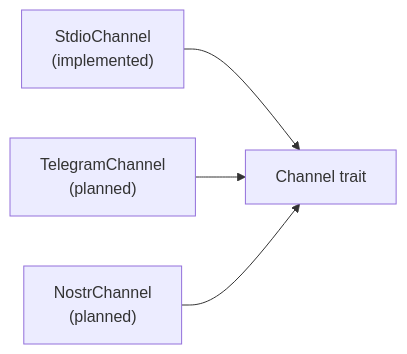
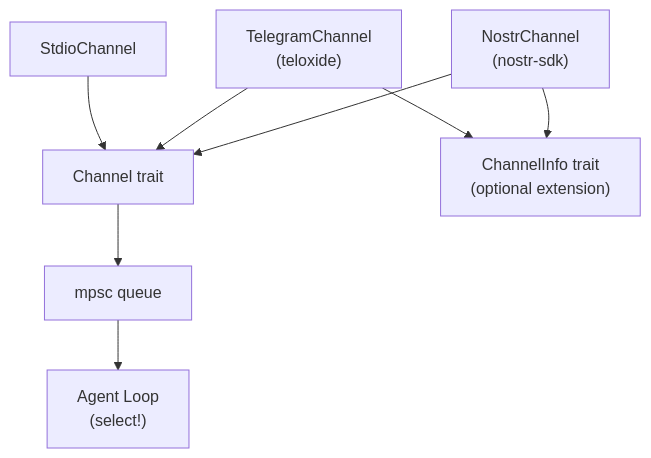
One commit to k0sti/nocelium changed the diagram in docs/channels.md. Above: the diagram before and after it, drawn with Mermaid. The commit also changed other lines of this file and 1 other file, not shown here.

First line of the commit message:
docs: updated channel spec — rich typed messages, capabilities, no draft methods

````diff
--- a/docs/channels.md
+++ b/docs/channels.md
@@ -26,11 +9,18 @@
 ```mermaid
-graph LR
+graph TD
+    STDIO["StdioChannel"]
+    TG["TelegramChannel<br/>(teloxide)"]
+    NOSTR["NostrChannel<br/>(nostr-sdk)"]
+
     TRAIT["Channel trait"]
-    STDIO["StdioChannel<br/>(implemented)"]
-    TG["TelegramChannel<br/>(planned)"]
-    NOSTR["NostrChannel<br/>(planned)"]
+    INFO["ChannelInfo trait<br/>(optional extension)"]
 
     STDIO --> TRAIT
     TG --> TRAIT
+    TG --> INFO
     NOSTR --> TRAIT
+    NOSTR --> INFO
+
+    TRAIT --> QUEUE["mpsc queue"]
+    QUEUE --> AGENT["Agent Loop<br/>(select!)"]
 ```
````
